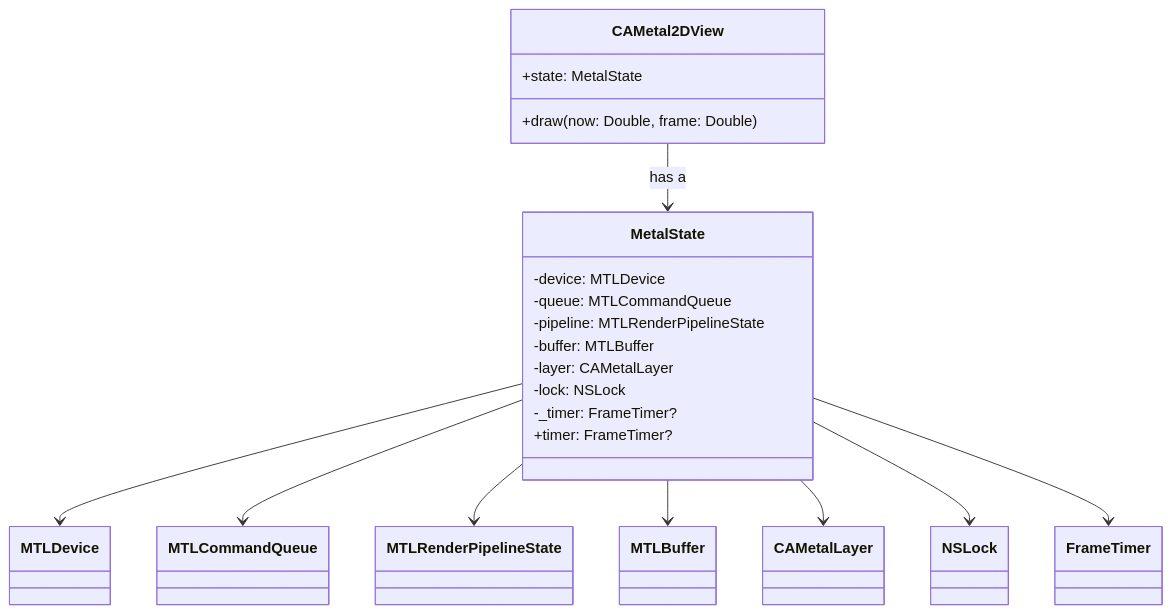
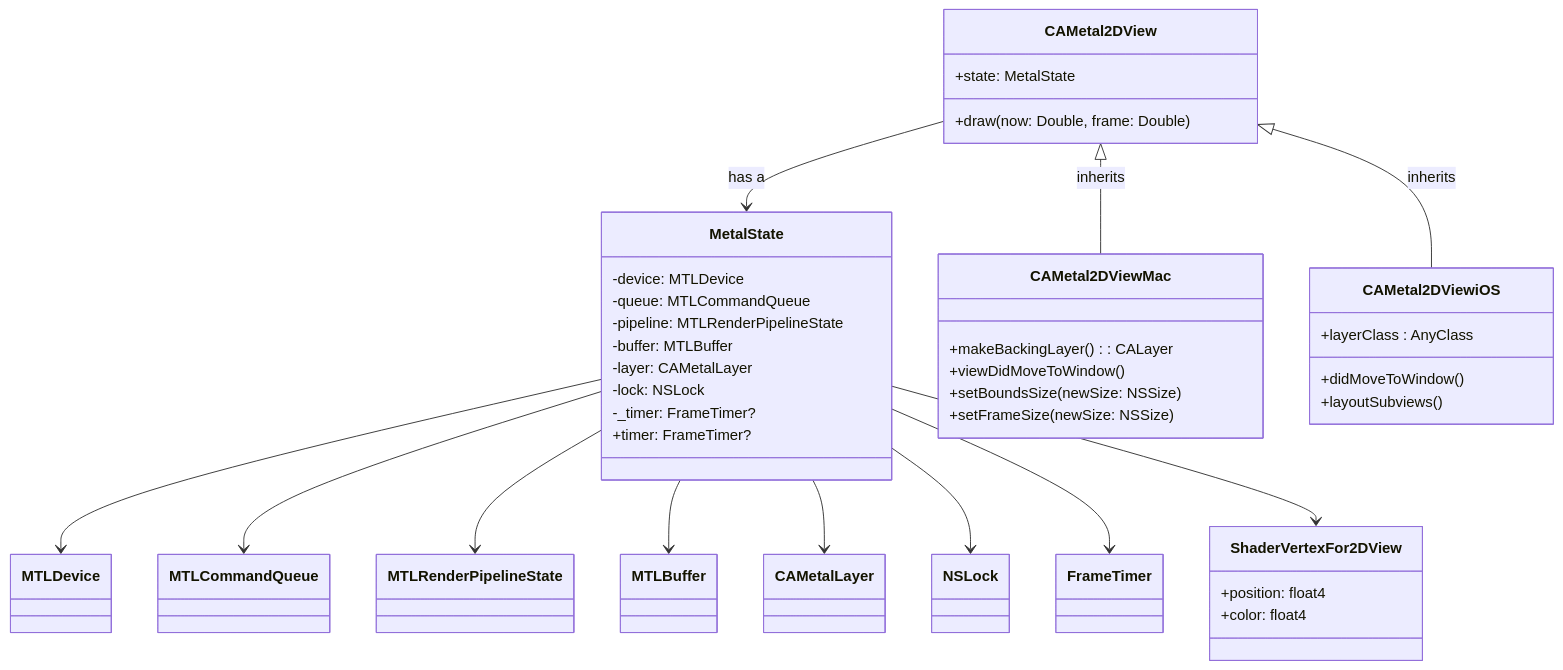
One commit to CongLeSolutionX/Metal-Primitives changed diagram 13 of 20 in Documentation.md. Above: the diagram before and after it, drawn with Mermaid. The commit also changed other lines of this file and 1 other file, not shown here.

````diff
--- a/Documentation.md
+++ b/Documentation.md
@@ -604,29 +597,54 @@
 ```mermaid
 classDiagram
     %% Base Class
     class CAMetal2DView {
         +state: MetalState
         +draw(now: Double, frame: Double)
     }
 
     %% MetalState Inner Class
     class MetalState {
         -device: MTLDevice
         -queue: MTLCommandQueue
         -pipeline: MTLRenderPipelineState
         -buffer: MTLBuffer
         -layer: CAMetalLayer
         -lock: NSLock
         -_timer: FrameTimer?
         +timer: FrameTimer?
     }
+    
+    %% Platform-Specific View Classes
+    class CAMetal2DViewMac {
+        +makeBackingLayer() : CALayer
+        +viewDidMoveToWindow()
+        +setBoundsSize(newSize: NSSize)
+        +setFrameSize(newSize: NSSize)
+    }
+    class CAMetal2DViewiOS {
+        +layerClass : AnyClass
+        +didMoveToWindow()
+        +layoutSubviews()
+    }
+    CAMetal2DView <|-- CAMetal2DViewMac : inherits
+    CAMetal2DView <|-- CAMetal2DViewiOS : inherits
 
+    %% Dependencies
     CAMetal2DView --> MetalState : has a
     MetalState --> MTLDevice
     MetalState --> MTLCommandQueue
     MetalState --> MTLRenderPipelineState
     MetalState --> MTLBuffer
     MetalState --> CAMetalLayer
     MetalState --> NSLock
     MetalState --> FrameTimer
+
+    %% ShaderVertexFor2DView Struct
+    class ShaderVertexFor2DView {
+        +position: float4
+        +color: float4
+    }
+    
+    MetalState --> ShaderVertexFor2DView
+
 ```
````
